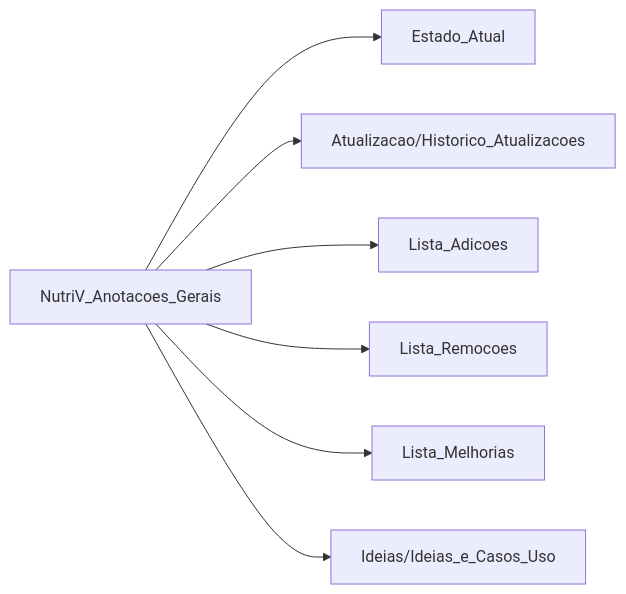
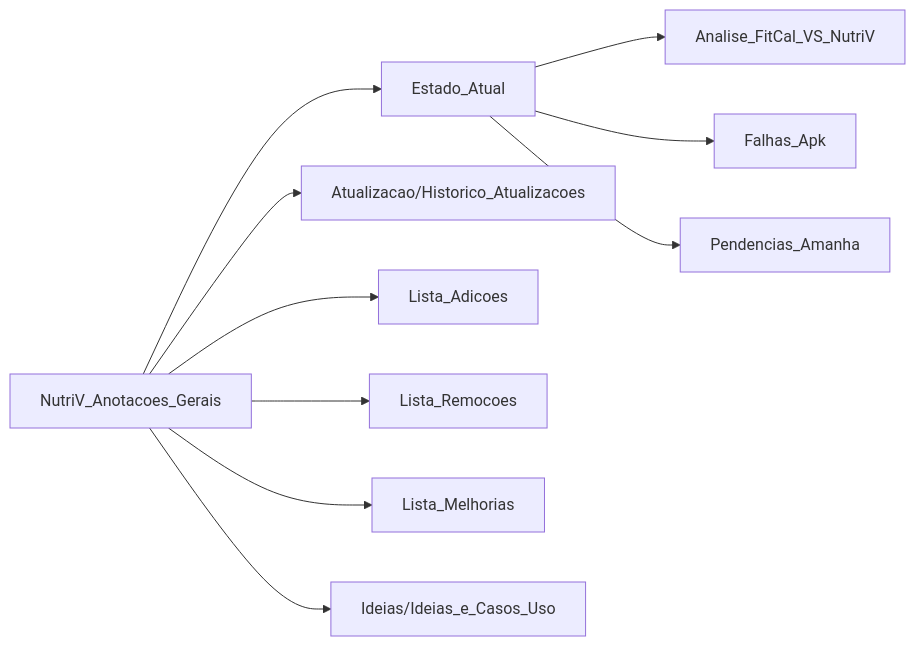
Before and after one commit to Fernand0-Vianna/Fernand0-Vianna-NutriV: the diagram in NutriV/MM_Nutriv/Indice.md, drawn with Mermaid. The commit also changed other lines of this file and 1 other file, not shown here.

First line of the commit message:
docs: vincula todos os documentos MM_NutriV com links interconectados

````diff
--- a/NutriV/MM_Nutriv/Indice.md
+++ b/NutriV/MM_Nutriv/Indice.md
@@ -9,9 +9,12 @@
 ```mermaid
 graph LR
     A[NutriV_Anotacoes_Gerais] --> B[Estado_Atual]
     A --> C[Atualizacao/Historico_Atualizacoes]
     A --> D[Lista_Adicoes]
     A --> E[Lista_Remocoes]
     A --> F[Lista_Melhorias]
     A --> G[Ideias/Ideias_e_Casos_Uso]
+    B --> H[Analise_FitCal_VS_NutriV]
+    B --> I[Falhas_Apk]
+    B --> J[Pendencias_Amanha]
 ```
````
